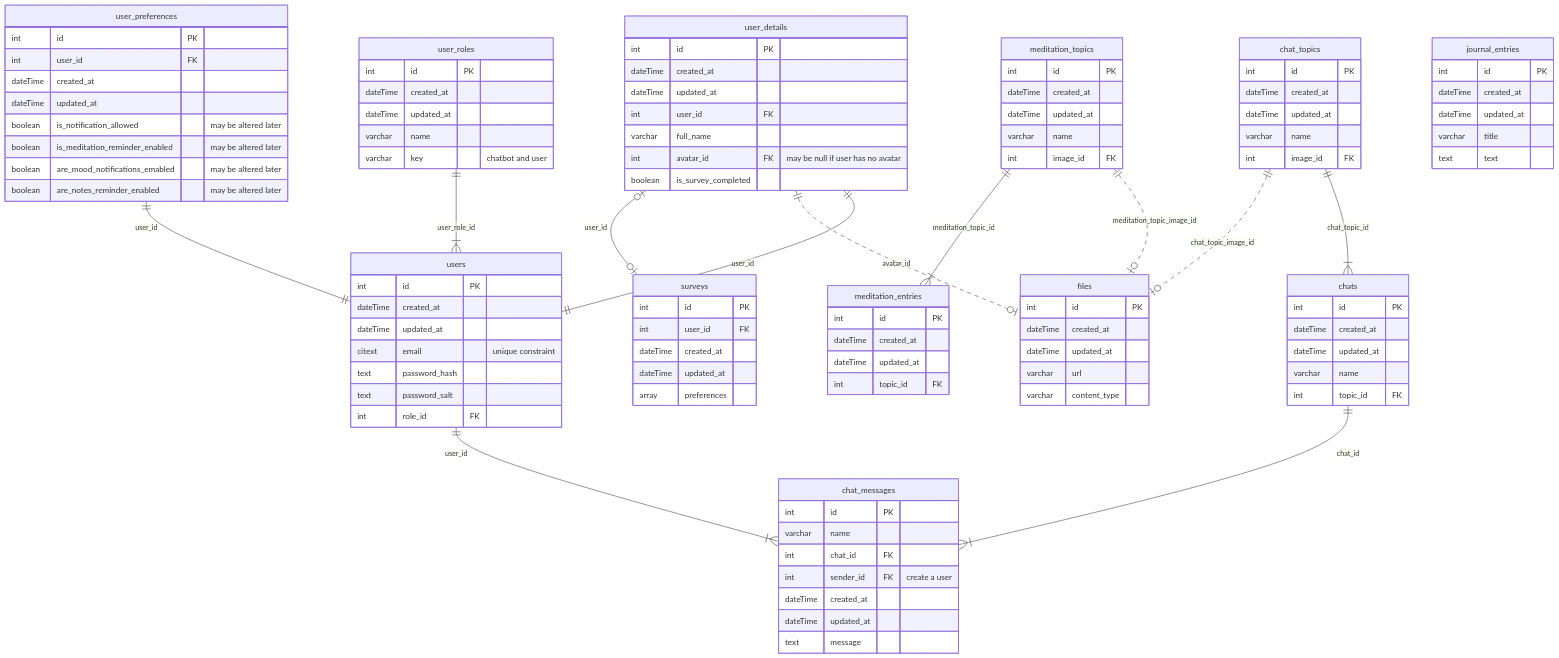
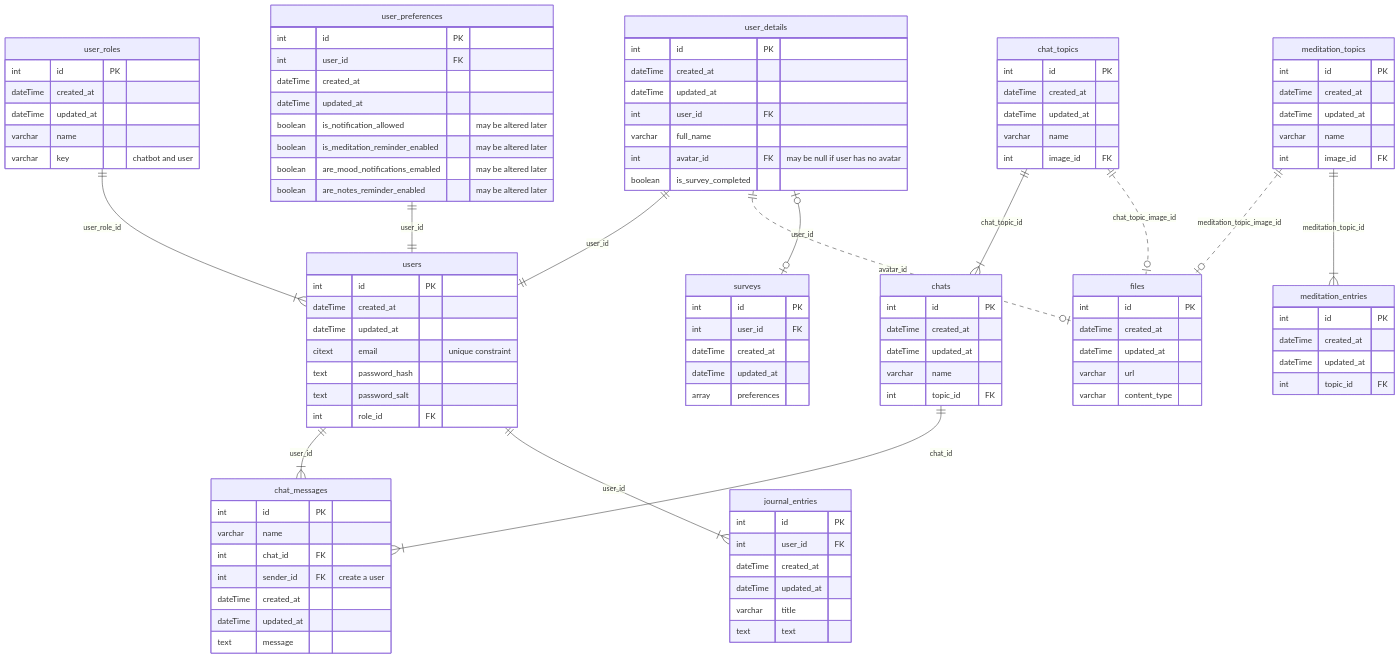
Before and after one commit to BinaryStudioAcademy/bsa-2023-calmpal: the diagram in readme.md, drawn with Mermaid.

Commit message:
cp-194: + readme db schema

```diff
--- a/readme.md
+++ b/readme.md
@@ -106,6 +106,7 @@
    }
    journal_entries {
       int id PK
+      int user_id FK
       dateTime created_at
       dateTime updated_at
       varchar title
@@ -126,6 +127,7 @@
    chat_topics ||..|o files : chat_topic_image_id
    chats ||--|{ chat_messages : chat_id
    users ||--|{ chat_messages : user_id
+   users ||--|{ journal_entries : user_id
    meditation_topics ||..|o files : meditation_topic_image_id
    meditation_topics ||--|{ meditation_entries : meditation_topic_id
    user_details |o--o| surveys : user_id
```
